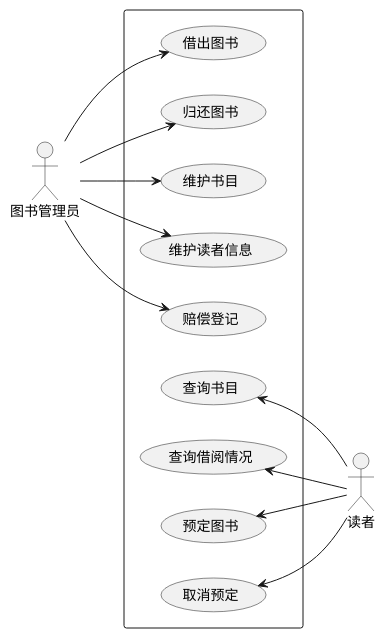
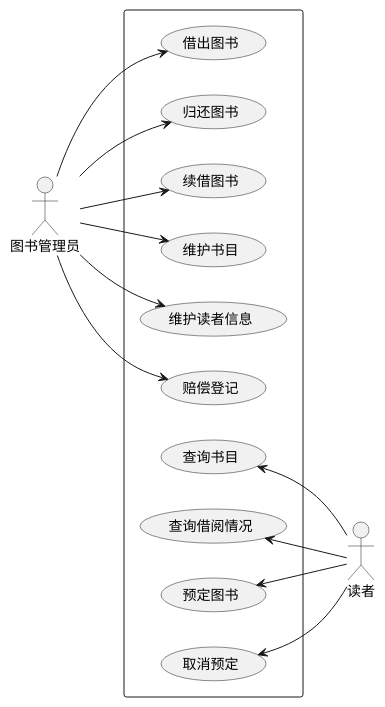
One commit to 915936476/is_analysis-3 changed the diagram in test2/图书管理用例.puml. Above: the diagram before and after it, drawn with PlantUML. The commit also changed 3 other files, not shown here.

```diff
--- a/test2/图书管理用例.puml
+++ b/test2/图书管理用例.puml
@@ -1,16 +1,17 @@
 @startuml
 actor 图书管理员 as Admin
 actor 读者 as User
 left to right direction
 rectangle {
   Admin --> (借出图书)
   Admin --> (归还图书)
+  Admin --> (续借图书)
   Admin --> (维护书目)
   Admin --> (维护读者信息)
   Admin --> (赔偿登记)
   (查询书目) <--  User
   (查询借阅情况) <--  User
   (预定图书) <--  User
   (取消预定) <-- User
 }
 @enduml
```
